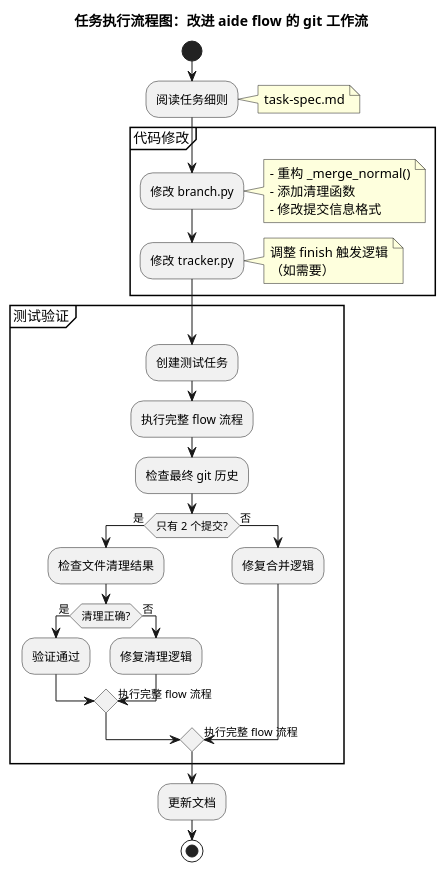
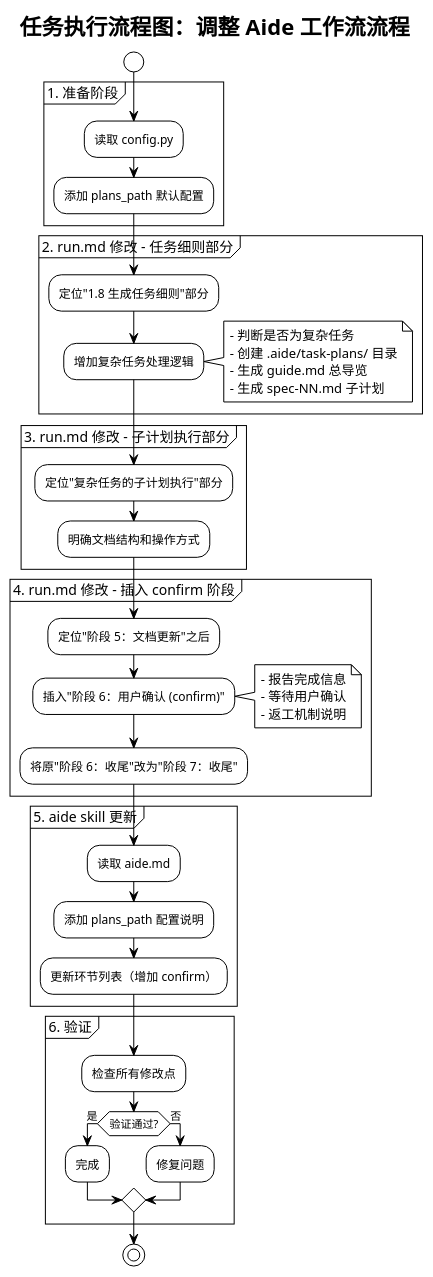
One commit to sayurinana/agent-aide changed the diagram in .aide/diagrams/task-flow.puml. Above: the diagram before and after it, drawn with PlantUML. The commit also changed 13 other files, not shown here.

```diff
--- a/.aide/diagrams/task-flow.puml
+++ b/.aide/diagrams/task-flow.puml
@@ -1,45 +1,56 @@
 @startuml task-flow
-title 任务执行流程图：改进 aide flow 的 git 工作流
+!theme plain
+title 任务执行流程图：调整 Aide 工作流流程
 
 start
-:阅读任务细则;
-note right: task-spec.md
 
-partition "代码修改" {
-  :修改 branch.py;
+partition "1. 准备阶段" {
+  :读取 config.py;
+  :添加 plans_path 默认配置;
+}
+
+partition "2. run.md 修改 - 任务细则部分" {
+  :定位"1.8 生成任务细则"部分;
+  :增加复杂任务处理逻辑;
   note right
-    - 重构 _merge_normal()
-    - 添加清理函数
-    - 修改提交信息格式
-  end note
-
-  :修改 tracker.py;
-  note right
-    调整 finish 触发逻辑
-    （如需要）
+    - 判断是否为复杂任务
+    - 创建 .aide/task-plans/ 目录
+    - 生成 guide.md 总导览
+    - 生成 spec-NN.md 子计划
   end note
 }
 
-partition "测试验证" {
-  :创建测试任务;
-  :执行完整 flow 流程;
-  :检查最终 git 历史;
+partition "3. run.md 修改 - 子计划执行部分" {
+  :定位"复杂任务的子计划执行"部分;
+  :明确文档结构和操作方式;
+}
 
-  if (只有 2 个提交?) then (是)
-    :检查文件清理结果;
-    if (清理正确?) then (是)
-      :验证通过;
-    else (否)
-      :修复清理逻辑;
-      -> 执行完整 flow 流程;
-    endif
+partition "4. run.md 修改 - 插入 confirm 阶段" {
+  :定位"阶段 5：文档更新"之后;
+  :插入"阶段 6：用户确认 (confirm)";
+  note right
+    - 报告完成信息
+    - 等待用户确认
+    - 返工机制说明
+  end note
+  :将原"阶段 6：收尾"改为"阶段 7：收尾";
+}
+
+partition "5. aide skill 更新" {
+  :读取 aide.md;
+  :添加 plans_path 配置说明;
+  :更新环节列表（增加 confirm）;
+}
+
+partition "6. 验证" {
+  :检查所有修改点;
+  if (验证通过?) then (是)
+    :完成;
   else (否)
-    :修复合并逻辑;
-    -> 执行完整 flow 流程;
+    :修复问题;
   endif
 }
 
-:更新文档;
 stop
 
 @enduml
```
